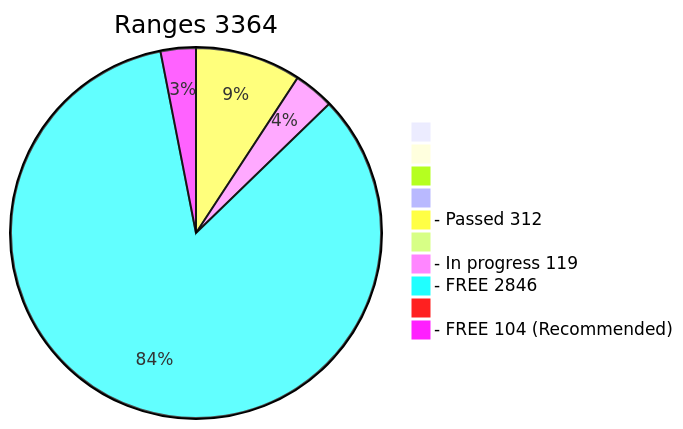
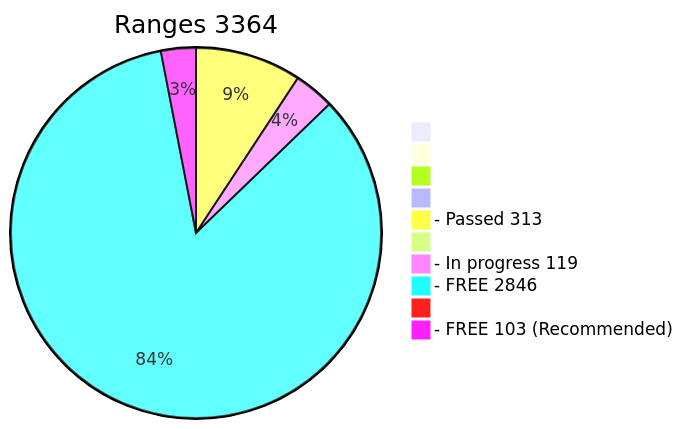
The diagram in x64/Release/table.md (phrutis/wif500), drawn with Mermaid before and after one commit. The commit also changed other lines of this file, not shown here.

````diff
--- a/x64/Release/table.md
+++ b/x64/Release/table.md
@@ -2,13 +2,13 @@
 ```mermaid
 pie title Ranges 3364
   " " : 0
   "  " : 0
   "   " : 0
   "    " : 0
-  "- Passed 312" : 312
+  "- Passed 313" : 313
   "     " : 0
   "- In progress 119" : 119
   "- FREE 2846" : 2846
   "      " : 0
-  "- FREE 104 (Recommended)" : 104
+  "- FREE 103 (Recommended)" : 103
 ```
````
